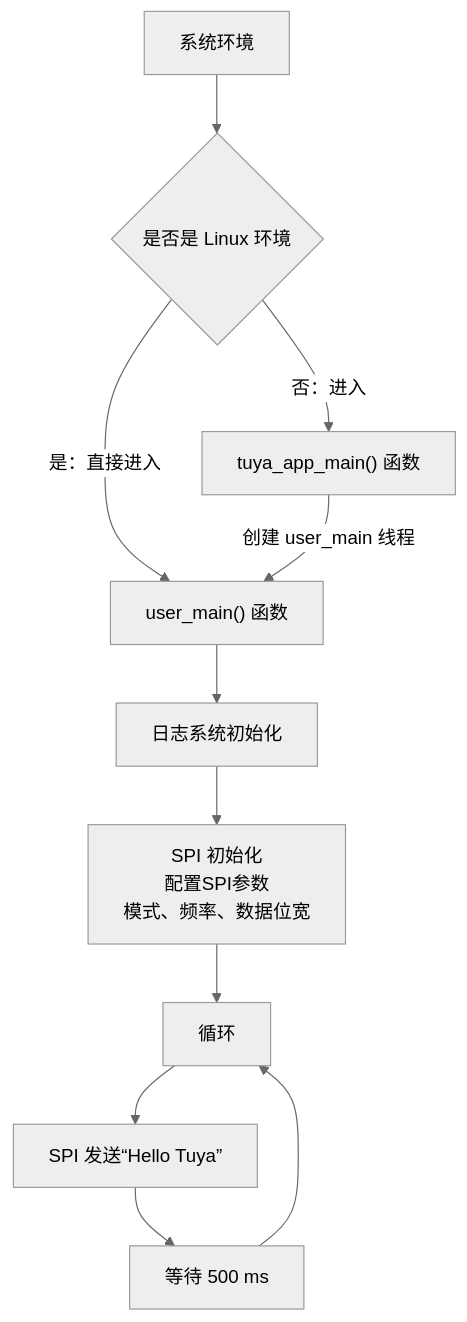
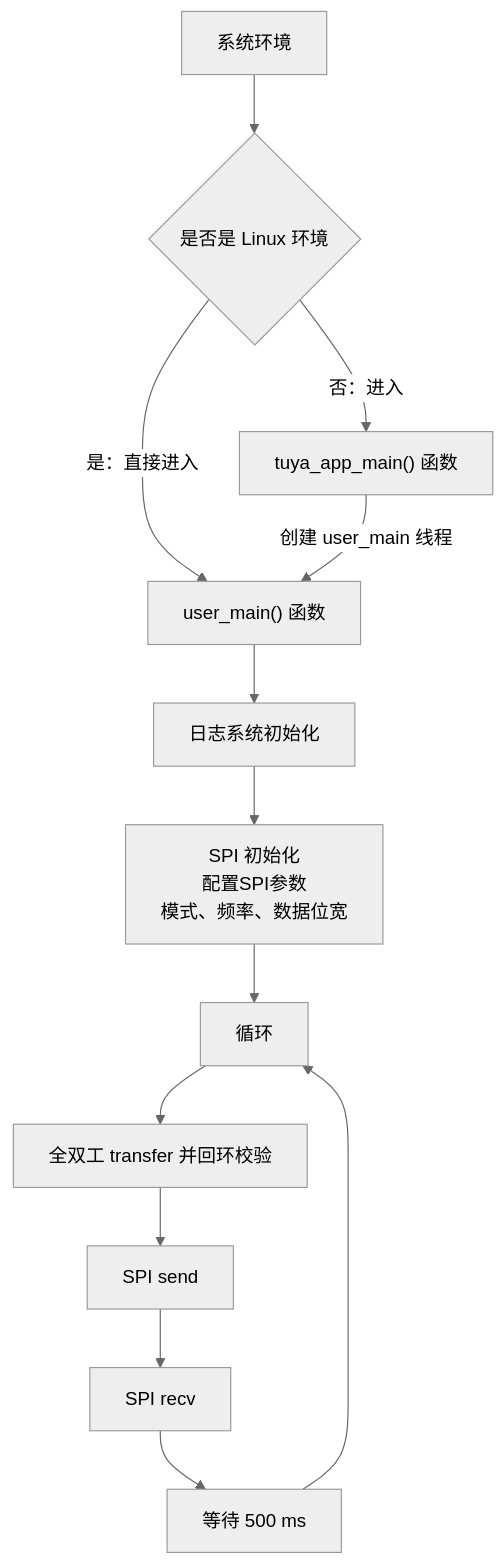
The diagram in examples/peripherals/spi/README_CN.md (tuya/TuyaOpen), drawn with Mermaid (neutral theme) before and after one commit. The commit also changed other lines of this file and 101 other files, not shown here.

````diff
--- a/examples/peripherals/spi/README_CN.md
+++ b/examples/peripherals/spi/README_CN.md
@@ -154,23 +164,27 @@
 ```mermaid
 flowchart TB
     id1[系统环境]
     id2{是否是 Linux 环境}
     id3["user_main() 函数"]
     id4["tuya_app_main() 函数"]
     id5[日志系统初始化]
     id6[SPI 初始化<br/>配置SPI参数<br/>模式、频率、数据位宽]
     id7[循环]
-    id8[SPI 发送“Hello Tuya”]
-    id9[等待 500 ms]
+    id8[全双工 transfer 并回环校验]
+    id9[SPI send]
+    id10[SPI recv]
+    id11[等待 500 ms]
     
     id1 --> id2
     id2 --是：直接进入--> id3
     id2 --否：进入--> id4
     id4 --创建 user_main 线程--> id3
     id3 --> id5
     id5 --> id6
     id6 --> id7
     id7 --> id8
     id8 --> id9
-    id9 --> id7
+    id9 --> id10
+    id10 --> id11
+    id11 --> id7
 ```
````
